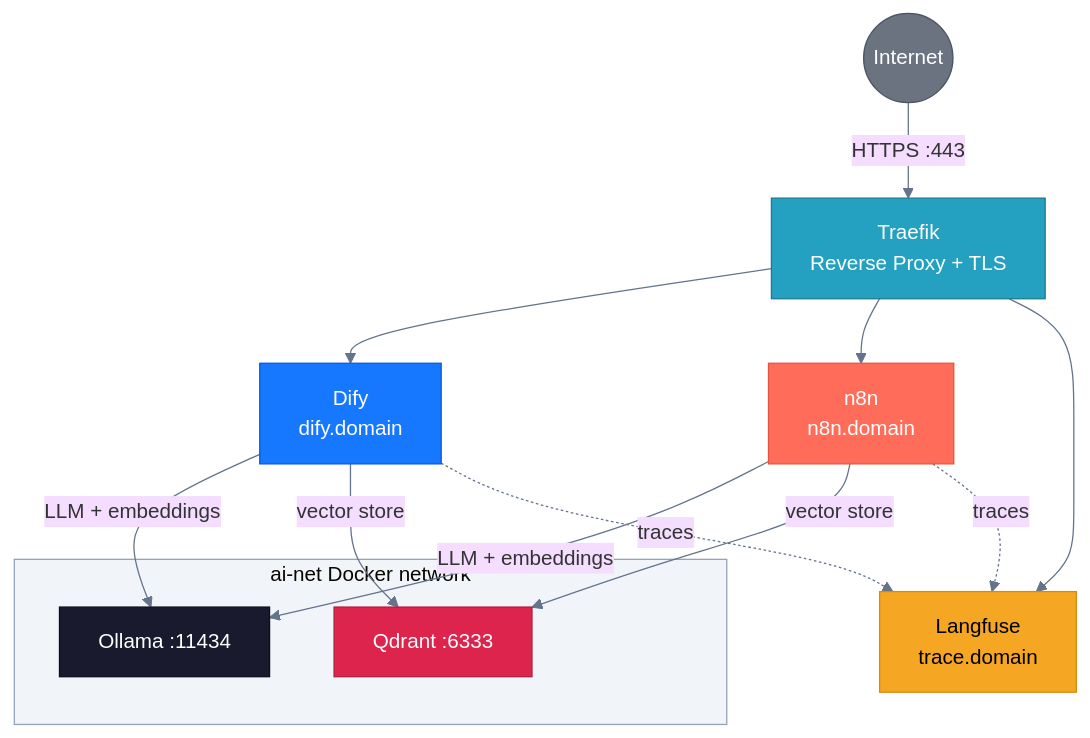
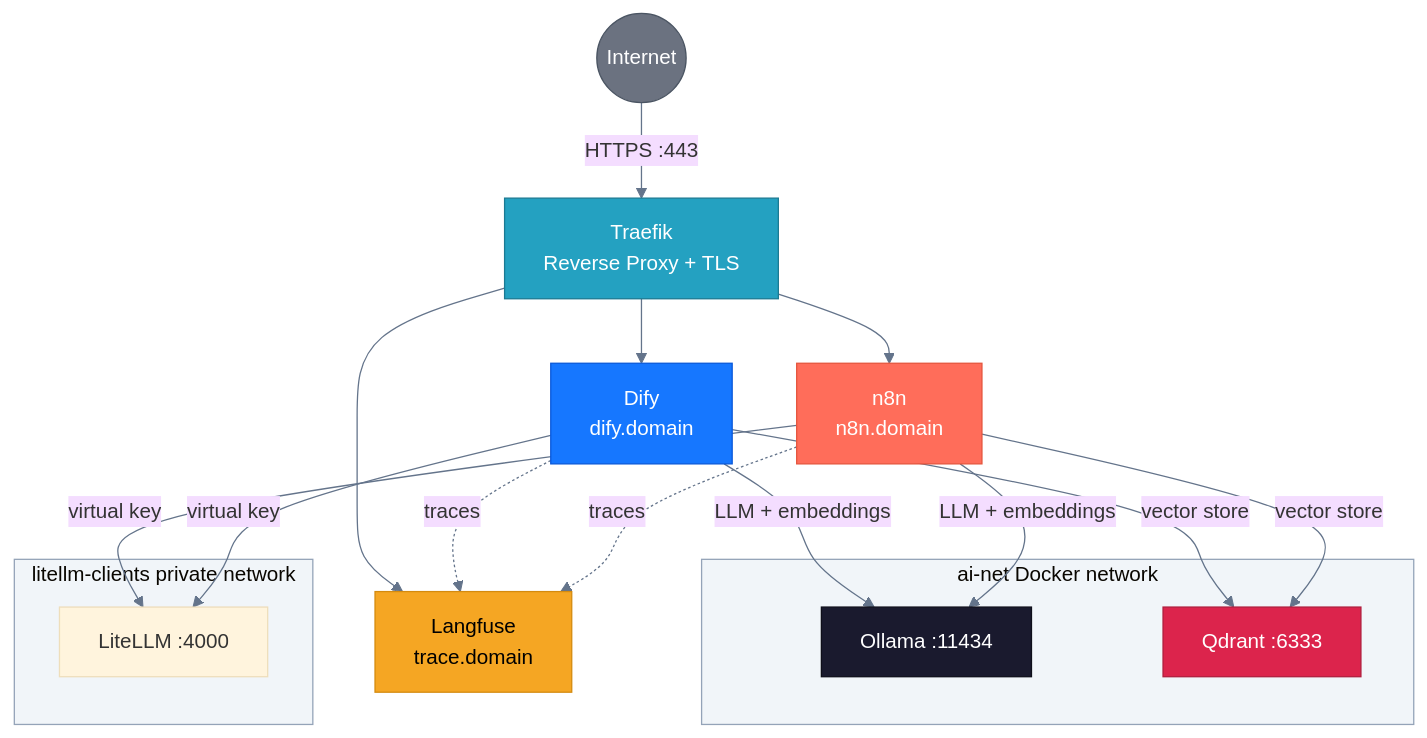
The diagram in docs/integrations/platform-integration.md (DenAV/ai-lab-server-setup), drawn with Mermaid before and after one commit. The commit also changed other lines of this file and 20 other files, not shown here.

Commit message:
fix(platform): harden LiteLLM ingress and add DNS-01

````diff
--- a/docs/integrations/platform-integration.md
+++ b/docs/integrations/platform-integration.md
@@ -9,36 +10,42 @@
 ```mermaid
 %%{init: {'theme': 'base', 'themeVariables': {
   'lineColor': '#64748b',
   'textColor': '#1e293b',
   'clusterBkg': '#f1f5f9',
   'clusterBorder': '#94a3b8'
 }}}%%
 graph TD
     Internet((Internet)) -->|HTTPS :443| Traefik["Traefik\nReverse Proxy + TLS"]
 
     Traefik --> Dify["Dify\ndify.domain"]
     Traefik --> n8n["n8n\nn8n.domain"]
     Traefik --> Langfuse["Langfuse\ntrace.domain"]
 
     subgraph ai-net["ai-net Docker network"]
         Ollama["Ollama :11434"]
         Qdrant["Qdrant :6333"]
     end
 
+    subgraph litellm-clients["litellm-clients private network"]
+        LiteLLM["LiteLLM :4000"]
+    end
+
     Dify -->|LLM + embeddings| Ollama
     Dify -->|vector store| Qdrant
     Dify -.->|traces| Langfuse
 
     n8n -->|LLM + embeddings| Ollama
     n8n -->|vector store| Qdrant
     n8n -.->|traces| Langfuse
+    n8n -->|virtual key| LiteLLM
+    Dify -->|virtual key| LiteLLM
 
 
     style Internet fill:#6b7280,stroke:#4b5563,color:#fff
     style Traefik fill:#24a1c1,stroke:#1b7a93,color:#fff
     style Dify fill:#1677ff,stroke:#0958d9,color:#fff
     style n8n fill:#ff6d5a,stroke:#e5553d,color:#fff
     style Langfuse fill:#f5a623,stroke:#d48b0f,color:#000
     style Ollama fill:#1a1a2e,stroke:#0f0f1a,color:#fff
     style Qdrant fill:#dc244c,stroke:#b01d3d,color:#fff
 ```
````
